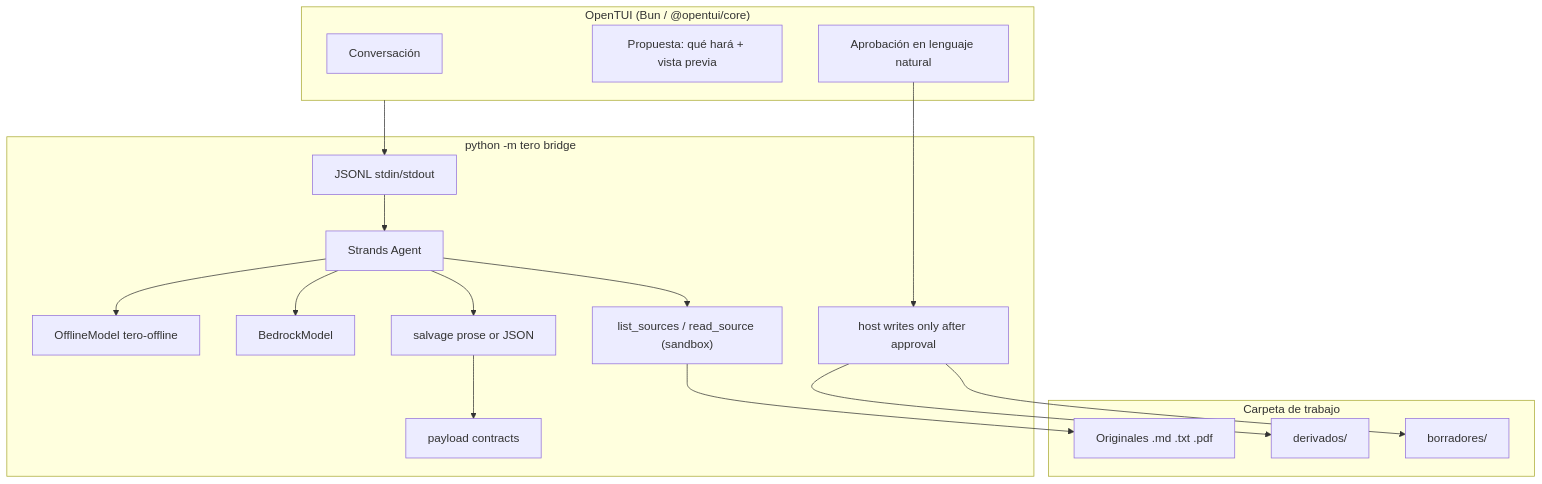
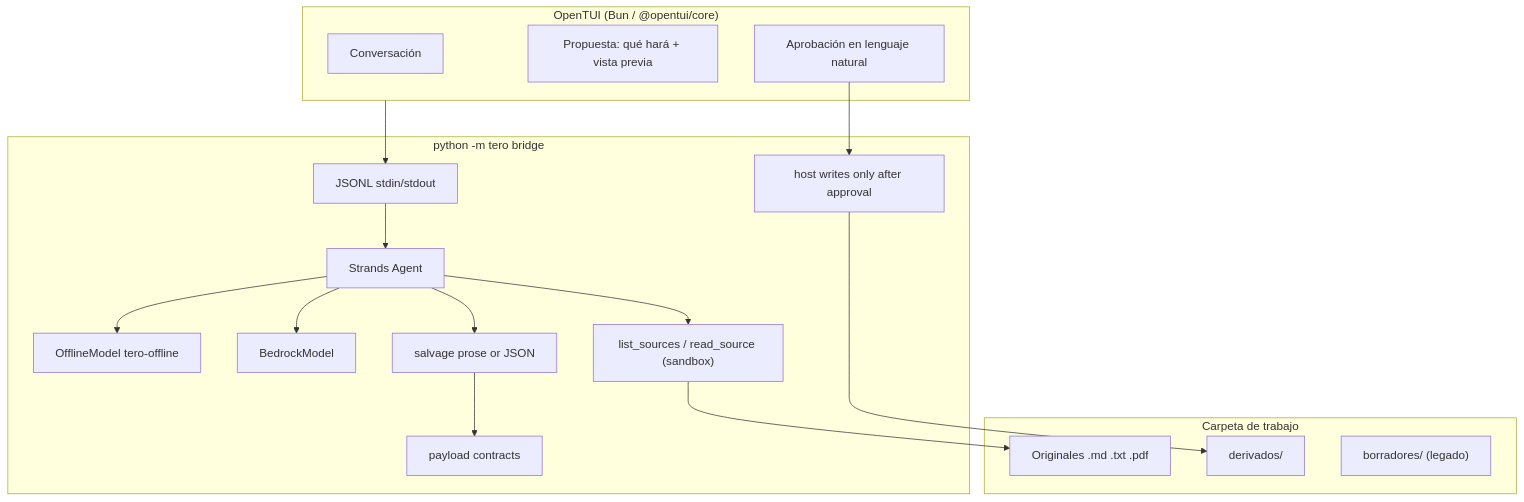
One commit to marcorojasb/tero changed the diagram in ARCHITECTURE.md. Above: the diagram before and after it, drawn with Mermaid. The commit also changed other lines of this file, not shown here.

Commit message:
docs: retirar borradores del flujo de escritura

````diff
--- a/ARCHITECTURE.md
+++ b/ARCHITECTURE.md
@@ -36,37 +37,36 @@
 ```mermaid
 flowchart TB
   subgraph TUI["OpenTUI (Bun / @opentui/core)"]
     Chat[Conversación]
     Proposal[Propuesta: qué hará + vista previa]
     Approval[Aprobación en lenguaje natural]
   end
 
   subgraph Host["python -m tero bridge"]
     JSONL[JSONL stdin/stdout]
     Agent[Strands Agent]
     Offline[OfflineModel tero-offline]
     Bedrock[BedrockModel]
     Tools["list_sources / read_source (sandbox)"]
     Salvage[salvage prose or JSON]
     Coerce[payload contracts]
     Approve[host writes only after approval]
   end
 
   subgraph Disk["Carpeta de trabajo"]
     Fuentes[Originales .md .txt .pdf]
     Derivados[derivados/]
-    Borradores[borradores/]
+    Borradores["borradores/ (legado)"]
   end
 
   TUI --> JSONL
   JSONL --> Agent
   Agent --> Offline
   Agent --> Bedrock
   Agent --> Tools
   Tools --> Fuentes
   Agent --> Salvage
   Salvage --> Coerce
   Approval --> Approve
   Approve --> Derivados
-  Approve --> Borradores
 ```
````
